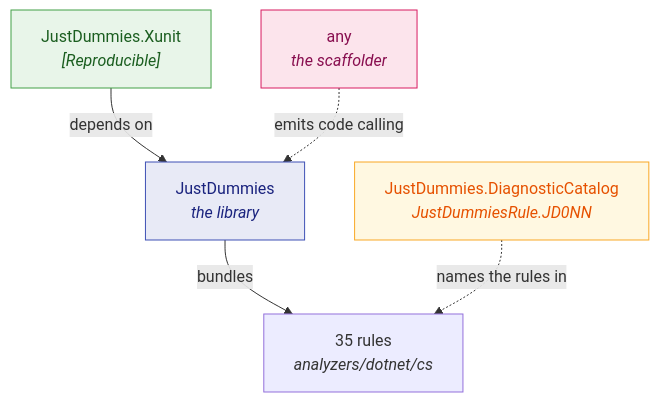
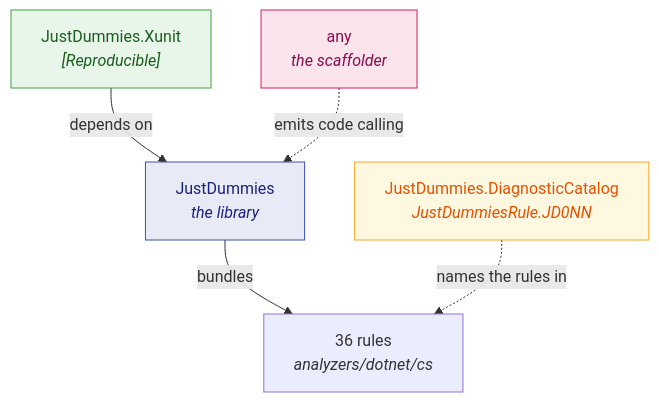
The diagram in doc/handwritten/for-users/packages/README.md (Reefact/just-dummies), drawn with Mermaid before and after one commit. The commit also changed other lines of this file and 51 other files, not shown here.

First line of the commit message:
feat(analyzers,catalog): add JD036 for a float draw with no range

````diff
--- a/doc/handwritten/for-users/packages/README.md
+++ b/doc/handwritten/for-users/packages/README.md
@@ -18,14 +18,14 @@
 ```mermaid
 flowchart TD
     accTitle: How the four packages relate
-    accDescr: JustDummies, the library, bundles the 35 rules under analyzers/dotnet/cs. JustDummies.Xunit depends on the library. JustDummies.DiagnosticCatalog names those rules without depending on them, and any, the scaffolder, emits code calling the library.
-    L["JustDummies<br/><i>the library</i>"] -->|"bundles"| A["35 rules<br/><i>analyzers/dotnet/cs</i>"]
+    accDescr: JustDummies, the library, bundles the 36 rules under analyzers/dotnet/cs. JustDummies.Xunit depends on the library. JustDummies.DiagnosticCatalog names those rules without depending on them, and any, the scaffolder, emits code calling the library.
+    L["JustDummies<br/><i>the library</i>"] -->|"bundles"| A["36 rules<br/><i>analyzers/dotnet/cs</i>"]
     X["JustDummies.Xunit<br/><i>[Reproducible]</i>"] -->|"depends on"| L
     C["JustDummies.DiagnosticCatalog<br/><i>JustDummiesRule.JD0NN</i>"]
     C -.->|"names the rules in"| A
     D["any<br/><i>the scaffolder</i>"] -.->|"emits code calling"| L
     style L fill:#e8eaf6,stroke:#3f51b5,color:#1a237e
     style X fill:#e8f5e9,stroke:#43a047,color:#1b5e20
     style C fill:#fff8e1,stroke:#f9a825,color:#e65100
     style D fill:#fce4ec,stroke:#d81b60,color:#880e4f
 ```
````
